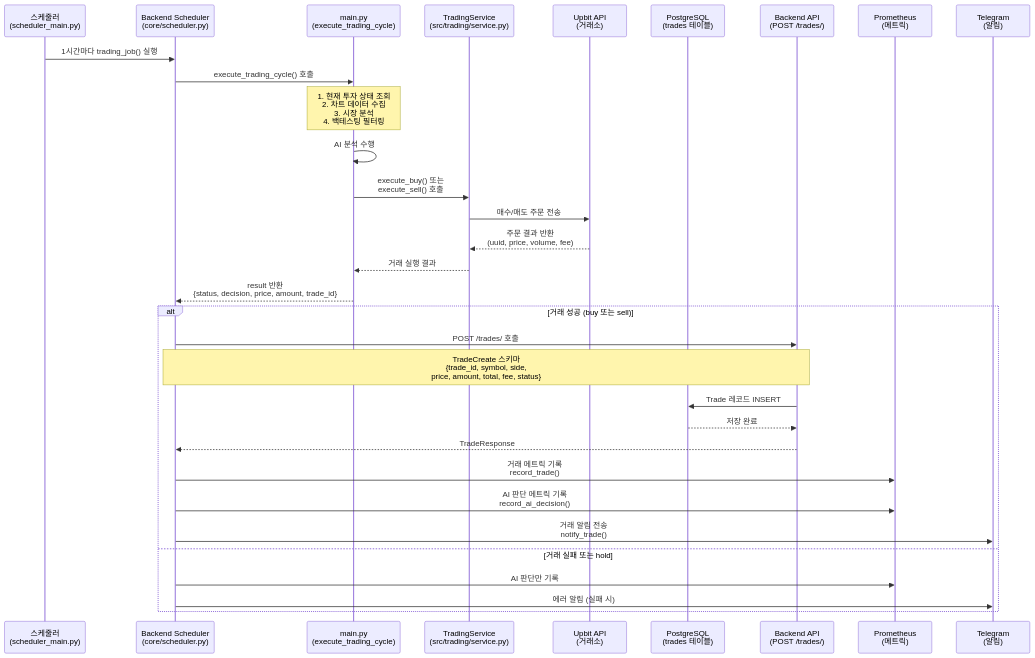
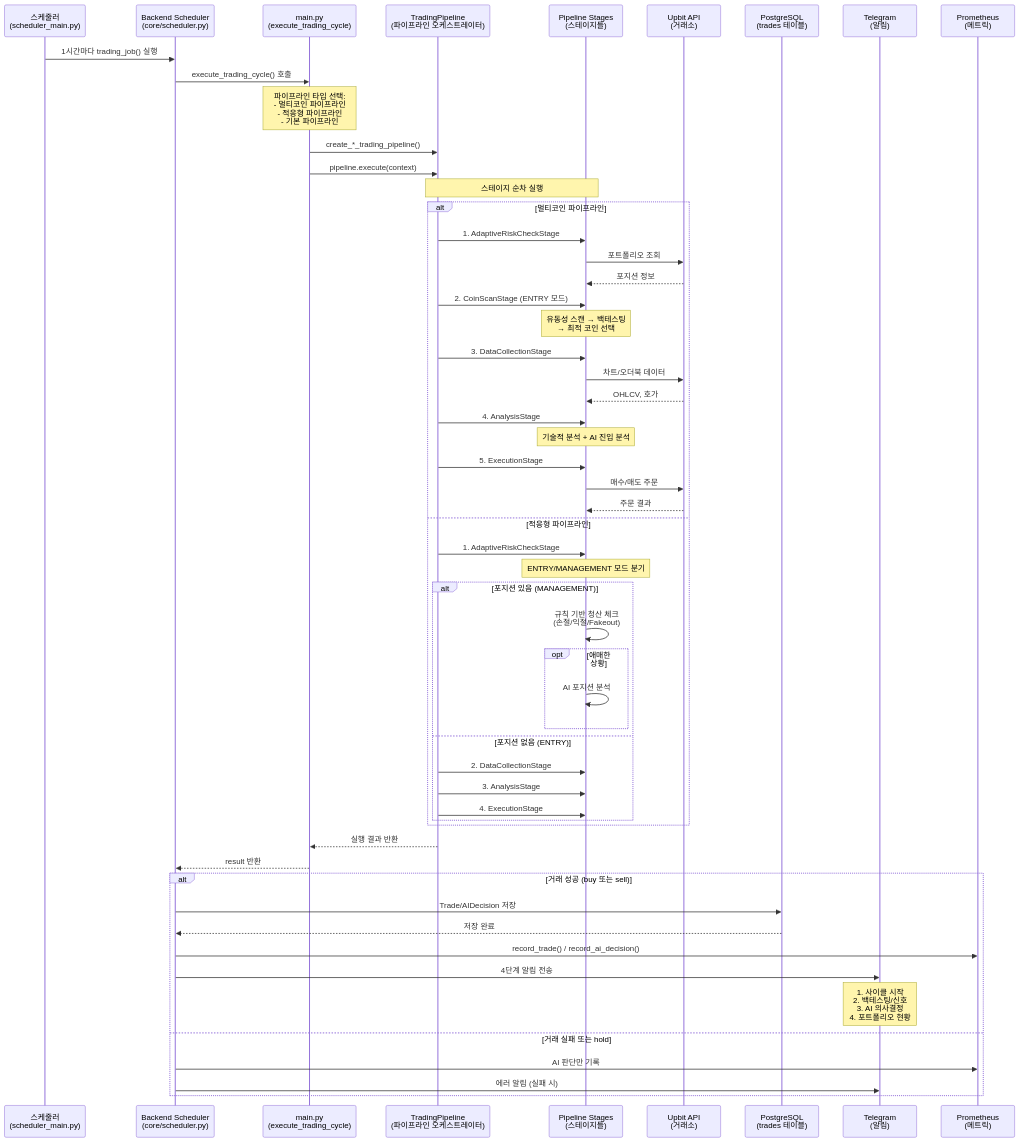
One commit to myselios/dg_bot changed the diagram in docs/diagrams/01-overall-system-flow.mmd. Above: the diagram before and after it, drawn with Mermaid. The commit also changed 146 other files, not shown here.

First line of the commit message:
refactor: Clean Architecture 도입 및 프로젝트 구조 정리

```diff
--- a/docs/diagrams/01-overall-system-flow.mmd
+++ b/docs/diagrams/01-overall-system-flow.mmd
@@ -1,39 +1,68 @@
 sequenceDiagram
     participant Scheduler as 스케줄러<br/>(scheduler_main.py)
     participant BackendScheduler as Backend Scheduler<br/>(core/scheduler.py)
     participant Main as main.py<br/>(execute_trading_cycle)
-    participant TradingService as TradingService<br/>(src/trading/service.py)
+    participant Pipeline as TradingPipeline<br/>(파이프라인 오케스트레이터)
+    participant Stages as Pipeline Stages<br/>(스테이지들)
     participant Upbit as Upbit API<br/>(거래소)
     participant DB as PostgreSQL<br/>(trades 테이블)
-    participant API as Backend API<br/>(POST /trades/)
+    participant Telegram as Telegram<br/>(알림)
     participant Metrics as Prometheus<br/>(메트릭)
-    participant Telegram as Telegram<br/>(알림)
 
     Scheduler->>BackendScheduler: 1시간마다 trading_job() 실행
     BackendScheduler->>Main: execute_trading_cycle() 호출
 
-    Note over Main: 1. 현재 투자 상태 조회<br/>2. 차트 데이터 수집<br/>3. 시장 분석<br/>4. 백테스팅 필터링
+    Note over Main: 파이프라인 타입 선택:<br/>- 멀티코인 파이프라인<br/>- 적응형 파이프라인<br/>- 기본 파이프라인
 
-    Main->>Main: AI 분석 수행
-    Main->>TradingService: execute_buy() 또는<br/>execute_sell() 호출
+    Main->>Pipeline: create_*_trading_pipeline()
+    Main->>Pipeline: pipeline.execute(context)
 
-    TradingService->>Upbit: 매수/매도 주문 전송
-    Upbit-->>TradingService: 주문 결과 반환<br/>(uuid, price, volume, fee)
+    Note over Pipeline,Stages: 스테이지 순차 실행
 
-    TradingService-->>Main: 거래 실행 결과
-    Main-->>BackendScheduler: result 반환<br/>{status, decision, price, amount, trade_id}
+    alt 멀티코인 파이프라인
+        Pipeline->>Stages: 1. AdaptiveRiskCheckStage
+        Stages->>Upbit: 포트폴리오 조회
+        Upbit-->>Stages: 포지션 정보
+
+        Pipeline->>Stages: 2. CoinScanStage (ENTRY 모드)
+        Note over Stages: 유동성 스캔 → 백테스팅<br/>→ 최적 코인 선택
+
+        Pipeline->>Stages: 3. DataCollectionStage
+        Stages->>Upbit: 차트/오더북 데이터
+        Upbit-->>Stages: OHLCV, 호가
+
+        Pipeline->>Stages: 4. AnalysisStage
+        Note over Stages: 기술적 분석 + AI 진입 분석
+
+        Pipeline->>Stages: 5. ExecutionStage
+        Stages->>Upbit: 매수/매도 주문
+        Upbit-->>Stages: 주문 결과
+    else 적응형 파이프라인
+        Pipeline->>Stages: 1. AdaptiveRiskCheckStage
+        Note over Stages: ENTRY/MANAGEMENT 모드 분기
+
+        alt 포지션 있음 (MANAGEMENT)
+            Stages->>Stages: 규칙 기반 청산 체크<br/>(손절/익절/Fakeout)
+            opt 애매한 상황
+                Stages->>Stages: AI 포지션 분석
+            end
+        else 포지션 없음 (ENTRY)
+            Pipeline->>Stages: 2. DataCollectionStage
+            Pipeline->>Stages: 3. AnalysisStage
+            Pipeline->>Stages: 4. ExecutionStage
+        end
+    end
+
+    Pipeline-->>Main: 실행 결과 반환
+    Main-->>BackendScheduler: result 반환
 
     alt 거래 성공 (buy 또는 sell)
-        BackendScheduler->>API: POST /trades/ 호출
-        Note over BackendScheduler,API: TradeCreate 스키마<br/>{trade_id, symbol, side,<br/>price, amount, total, fee, status}
-        API->>DB: Trade 레코드 INSERT
-        DB-->>API: 저장 완료
-        API-->>BackendScheduler: TradeResponse
-
-        BackendScheduler->>Metrics: 거래 메트릭 기록<br/>record_trade()
-        BackendScheduler->>Metrics: AI 판단 메트릭 기록<br/>record_ai_decision()
-        BackendScheduler->>Telegram: 거래 알림 전송<br/>notify_trade()
+        BackendScheduler->>DB: Trade/AIDecision 저장
+        DB-->>BackendScheduler: 저장 완료
+        BackendScheduler->>Metrics: record_trade() / record_ai_decision()
+        BackendScheduler->>Telegram: 4단계 알림 전송
+        Note over Telegram: 1. 사이클 시작<br/>2. 백테스팅/신호<br/>3. AI 의사결정<br/>4. 포트폴리오 현황
     else 거래 실패 또는 hold
         BackendScheduler->>Metrics: AI 판단만 기록
         BackendScheduler->>Telegram: 에러 알림 (실패 시)
     end
```
